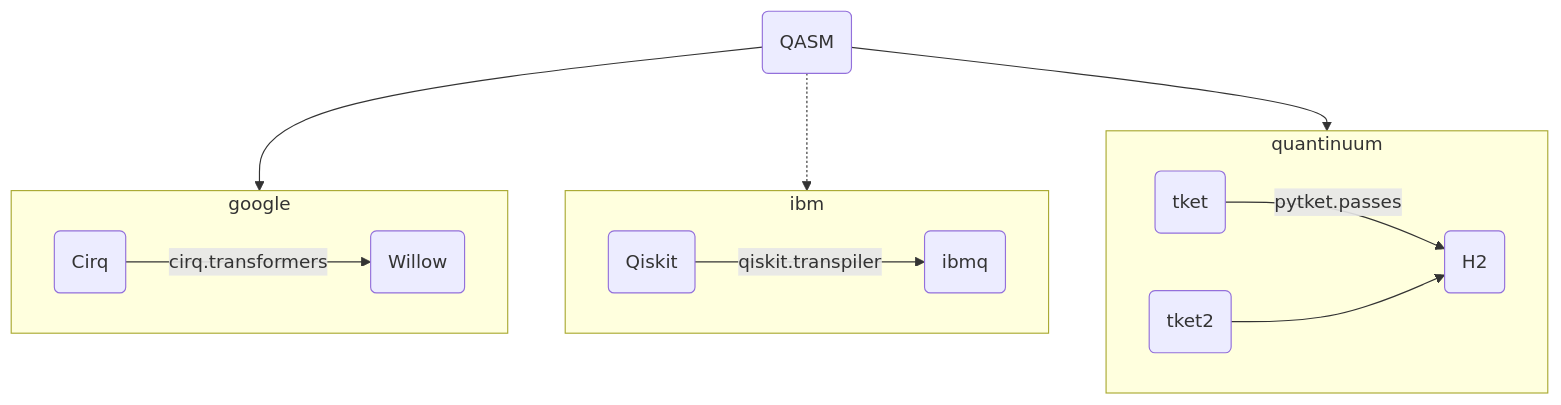
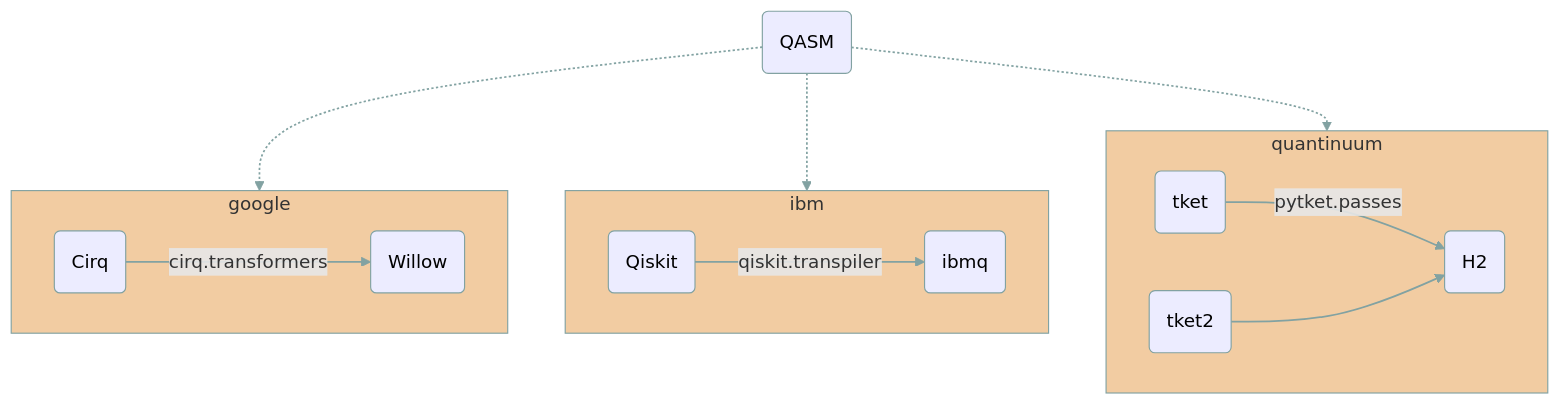
The second of 4 diagrams in ucc.qmd (unitaryfund/ucc-fosdem), drawn with Mermaid before and after one commit. The commit also changed other lines of this file and 4 other files, not shown here.

Commit message:
better diagrams

````diff
--- a/ucc.qmd
+++ b/ucc.qmd
@@ -92,26 +131,39 @@
 ```{mermaid}
 graph TD
+    style google fill:#F2CCA2,stroke:#82A2A2
+    style ibm fill:#F2CCA2,stroke:#82A2A2
+    style quantinuum fill:#F2CCA2,stroke:#82A2A2
+
+    style A stroke:#82A2A2,color:black
+    style B stroke:#82A2A2,color:black
+    style C stroke:#82A2A2,color:black
+    style D stroke:#82A2A2,color:black
+    style E stroke:#82A2A2,color:black
+    style F stroke:#82A2A2,color:black
+    style G stroke:#82A2A2,color:black
+    style H stroke:#82A2A2,color:black
+
+    linkStyle default stroke:#82A2A2,stroke-width:1.5
+
     subgraph google
         A(Cirq)
         B(Willow)
         A -->|cirq.transformers| B
     end
     subgraph ibm
         C(Qiskit)
         D(ibmq)
         C -->|qiskit.transpiler| D
     end
     subgraph quantinuum
         E(tket)
         H(tket2)
         F(H2)
         E -->|pytket.passes| F
         H --> F
     end
     G(QASM)
-    G --> google
+    G -.-> google
     G -.-> ibm
-    G --> quantinuum
-
-    %% C --> G --> A
+    G -.-> quantinuum
 ```
````
